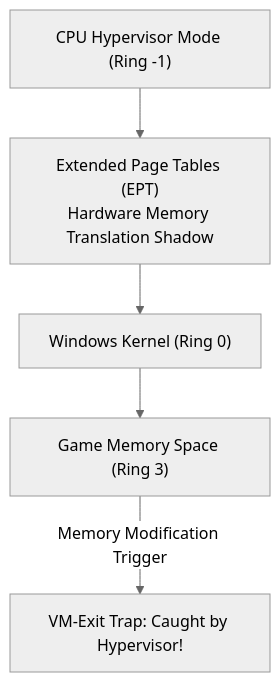
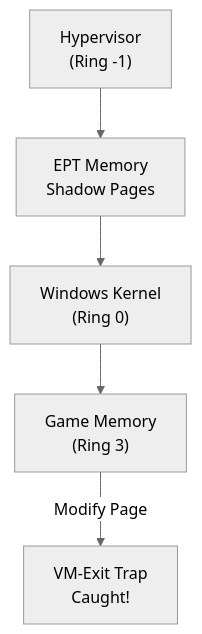
Before and after one commit to DaddyZyn/Cyber-security-notes: the second of 2 diagrams in topics/23-anti-cheat-architecture-and-kernel-defense/README.md, drawn with Mermaid (neutral theme). The commit also changed other lines of this file and 7 other files, not shown here.

Commit message:
fix: reformat all diagrams in modules 20-27 with ultra-short line wrapping to prevent GitHub SVG text clipping

````diff
--- a/topics/23-anti-cheat-architecture-and-kernel-defense/README.md
+++ b/topics/23-anti-cheat-architecture-and-kernel-defense/README.md
@@ -95,12 +95,12 @@
 ```mermaid
 flowchart TD
-    VMX["CPU Hypervisor Mode (Ring -1)"]
-    EPT["Extended Page Tables (EPT)<br/>Hardware Memory Translation Shadow"]
-    OS["Windows Kernel (Ring 0)"]
-    Game["Game Memory Space (Ring 3)"]
+    VMX["Hypervisor<br/>(Ring -1)"]
+    EPT["EPT Memory<br/>Shadow Pages"]
+    OS["Windows Kernel<br/>(Ring 0)"]
+    Game["Game Memory<br/>(Ring 3)"]
 
     VMX --> EPT
     EPT --> OS
     OS --> Game
-    Game -->|Memory Modification Trigger| Trap["VM-Exit Trap: Caught by Hypervisor!"]
+    Game -->|Modify Page| Trap["VM-Exit Trap<br/>Caught!"]
 ```
````
